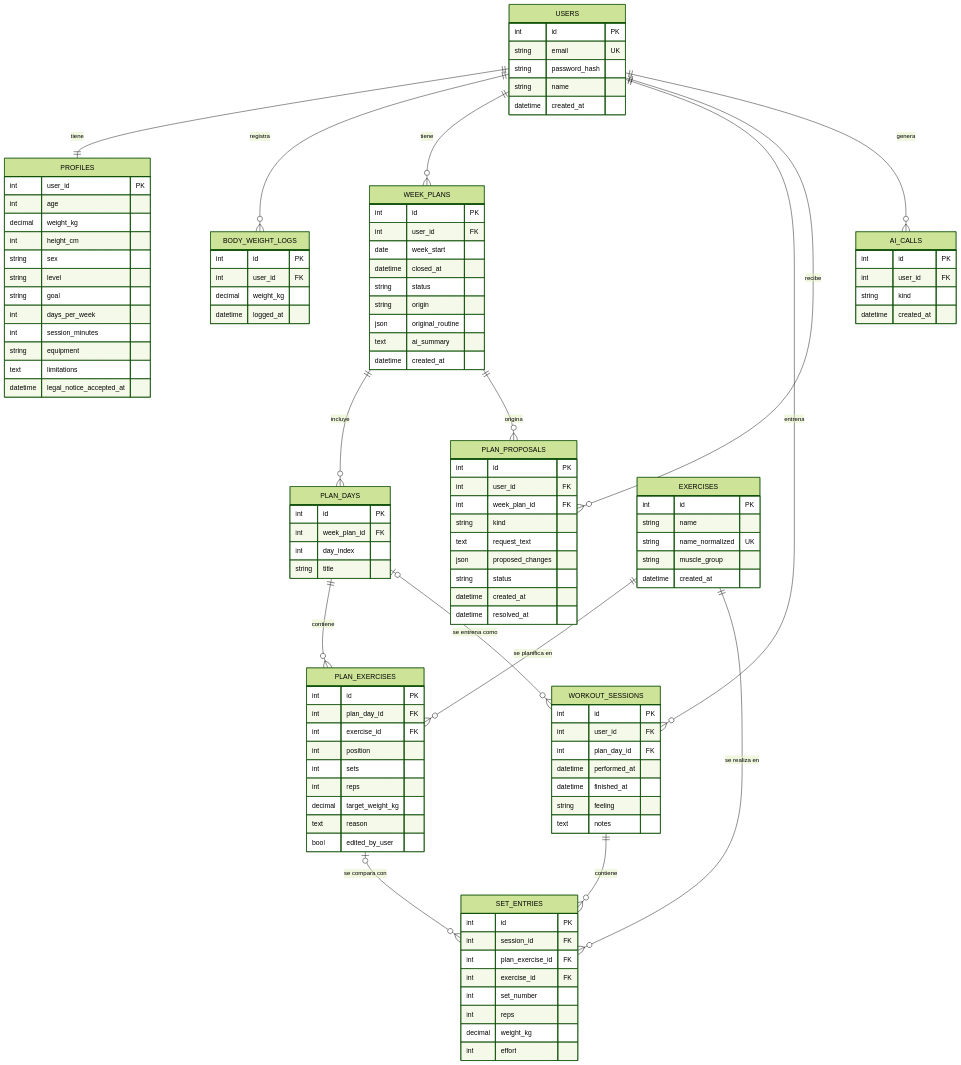
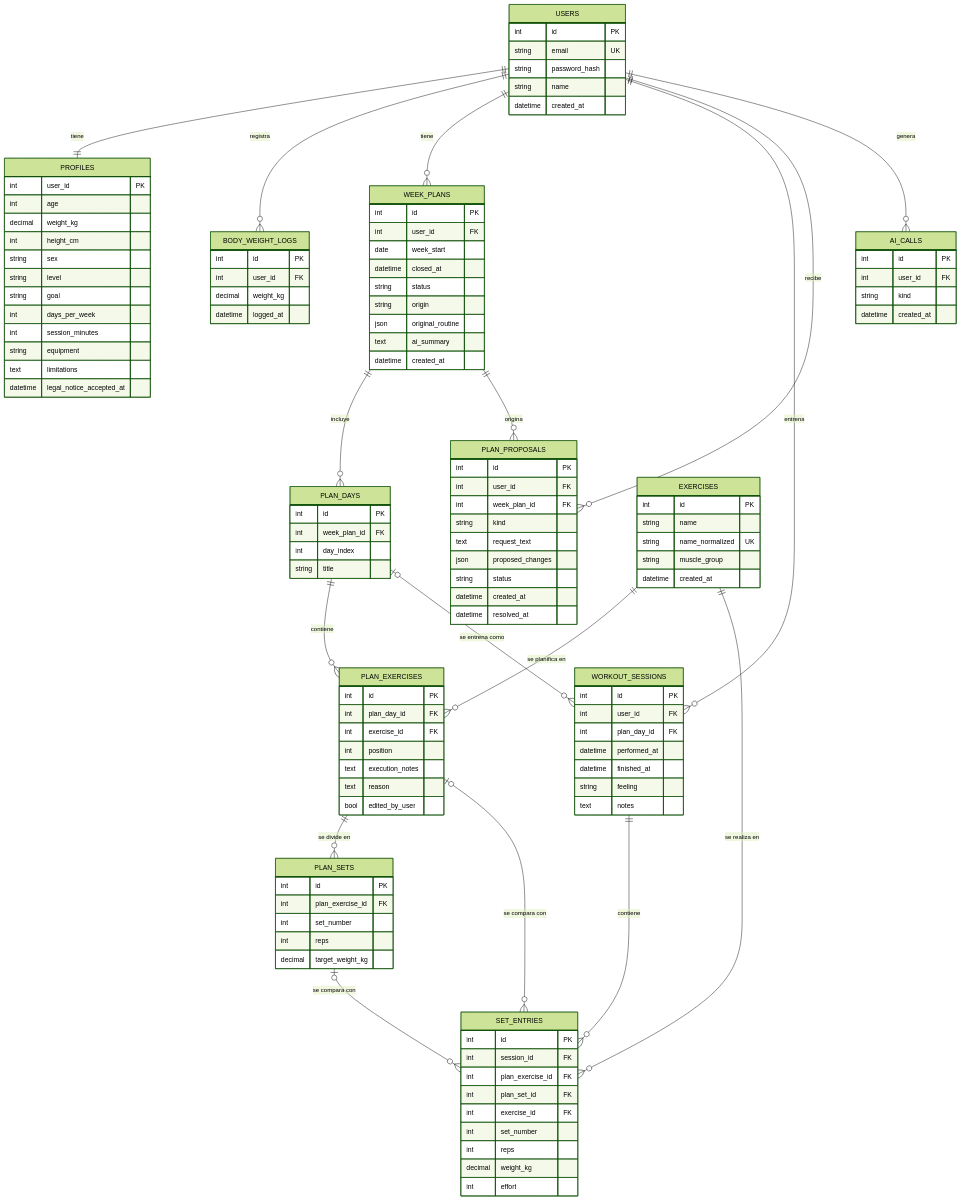
Before and after one commit to Chogarn/Spotter: the diagram in docs/modelo-datos.md, drawn with Mermaid (forest theme). The commit also changed other lines of this file and 3 other files, not shown here.

```diff
--- a/docs/modelo-datos.md
+++ b/docs/modelo-datos.md
@@ -26,6 +27,8 @@
     WEEK_PLANS ||--o{ PLAN_DAYS : incluye
     WEEK_PLANS ||--o{ PLAN_PROPOSALS : origina
     PLAN_DAYS ||--o{ PLAN_EXERCISES : contiene
+    PLAN_EXERCISES ||--o{ PLAN_SETS : "se divide en"
+    PLAN_SETS |o--o{ SET_ENTRIES : "se compara con"
     EXERCISES ||--o{ PLAN_EXERCISES : "se planifica en"
     EXERCISES ||--o{ SET_ENTRIES : "se realiza en"
     PLAN_DAYS |o--o{ WORKOUT_SESSIONS : "se entrena como"
@@ -88,11 +91,16 @@
         int plan_day_id FK
         int exercise_id FK
         int position
-        int sets
+        text execution_notes
+        text reason
+        bool edited_by_user
+    }
+    PLAN_SETS {
+        int id PK
+        int plan_exercise_id FK
+        int set_number
         int reps
         decimal target_weight_kg
-        text reason
-        bool edited_by_user
     }
     WORKOUT_SESSIONS {
         int id PK
@@ -107,6 +115,7 @@
         int id PK
         int session_id FK
         int plan_exercise_id FK
+        int plan_set_id FK
         int exercise_id FK
         int set_number
         int reps
```
